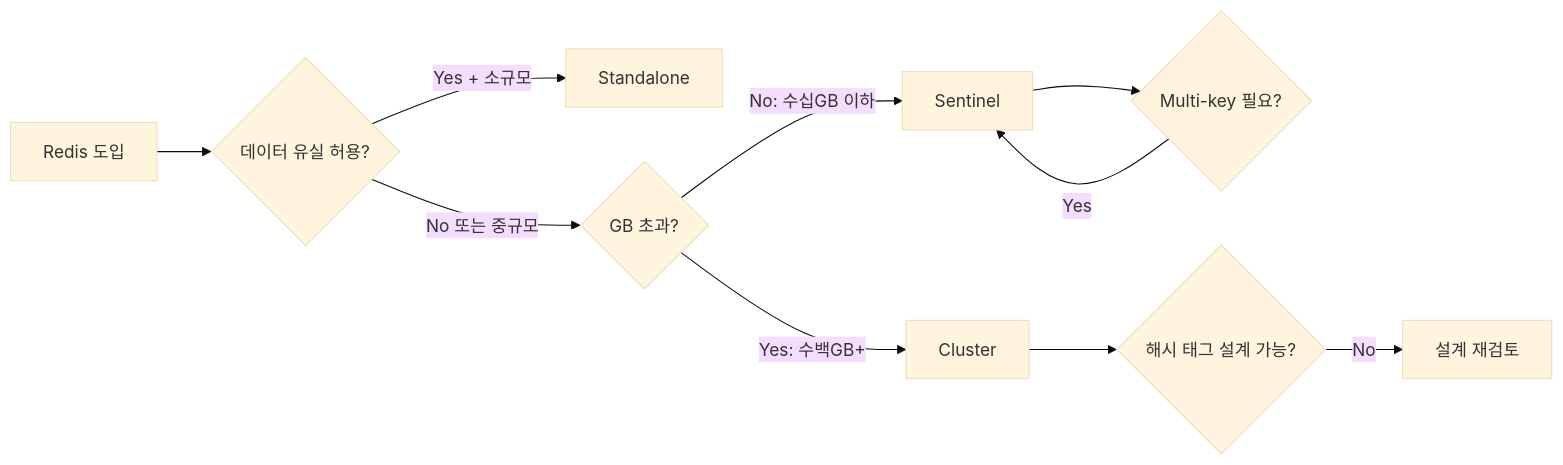
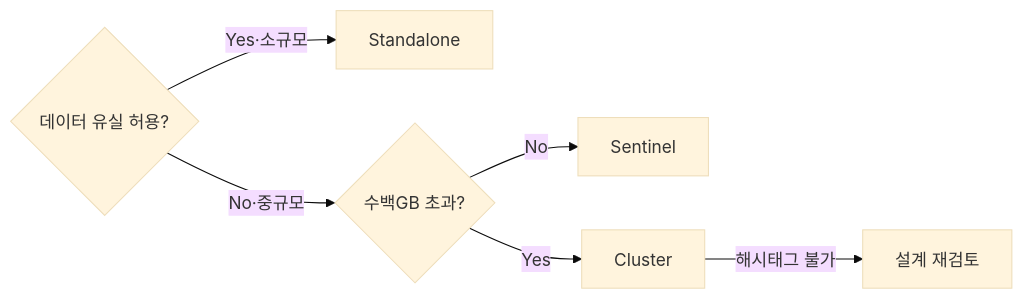
Before and after one commit to yjkim2015/yjkim2015.github.io: the sixth of 6 diagrams in _posts/redis/2026-05-11-redis-modes.md, drawn with Mermaid (base theme). The commit also changed other lines of this file and 245 other files, not shown here.

First line of the commit message:
Mermaid 다이어그램 전면 수정 + 면접 포인트 접기/펼치기 + DB 데드락 페이지

````diff
--- a/_posts/redis/2026-05-11-redis-modes.md
+++ b/_posts/redis/2026-05-11-redis-modes.md
@@ -336,12 +333,8 @@
 ```mermaid
 graph LR
-  A[Redis 도입] --> B{데이터 유실 허용?}
-  B -->|Yes + 소규모| C[Standalone]
-  B -->|No 또는 중규모| D{GB 초과?}
-  D -->|No: 수십GB 이하| E[Sentinel]
-  D -->|Yes: 수백GB+| F[Cluster]
-  E --> G{Multi-key 필요?}
-  F --> H{해시 태그 설계 가능?}
-  G -->|Yes| E
-  H -->|No| I[설계 재검토]
+  A{데이터 유실 허용?} -->|Yes·소규모| B[Standalone]
+  A -->|No·중규모| C{수백GB 초과?}
+  C -->|No| D[Sentinel]
+  C -->|Yes| E[Cluster]
+  E -->|해시태그 불가| F[설계 재검토]
 ```
````
